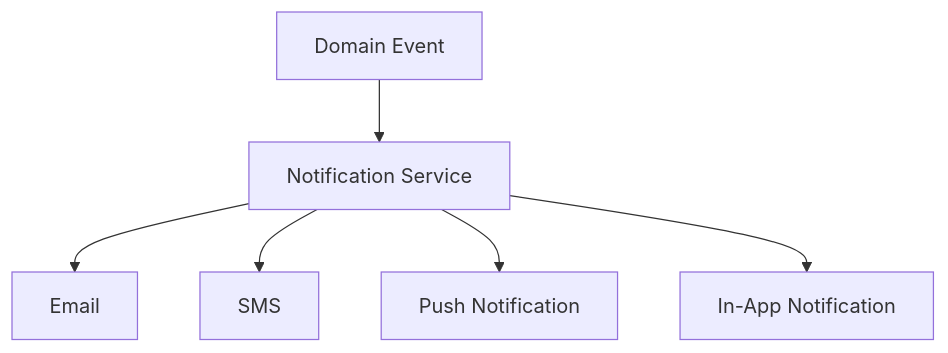
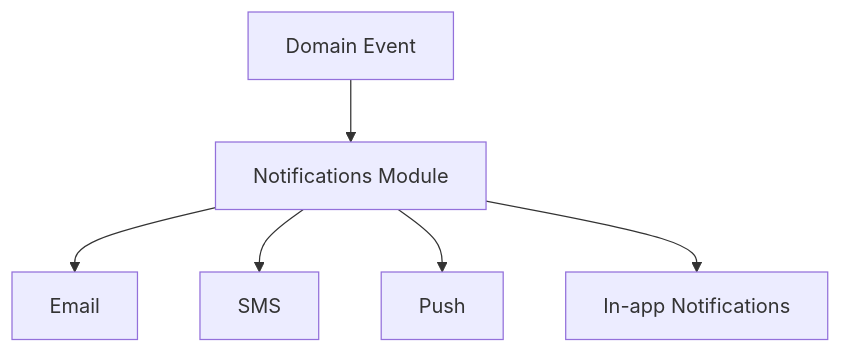
Diagram 21 of 25 in README.md (Izyane-InovSolutions/commerce), drawn with Mermaid before and after one commit. The commit also changed other lines of this file, not shown here.

Commit message:
docs: switch backend architecture to NestJS modular monolith

````diff
--- a/README.md
+++ b/README.md
@@ -970,8 +924,9 @@
 ```mermaid
 flowchart TD
-    EVENT[Domain Event] --> NOTIFY[Notification Service]
+    EVENT[Domain Event]
+    EVENT --> NOTIFY[Notifications Module]
     NOTIFY --> EMAIL[Email]
     NOTIFY --> SMS[SMS]
-    NOTIFY --> PUSH[Push Notification]
-    NOTIFY --> INAPP[In-App Notification]
+    NOTIFY --> PUSH[Push]
+    NOTIFY --> INAPP[In-app Notifications]
 ```
````
